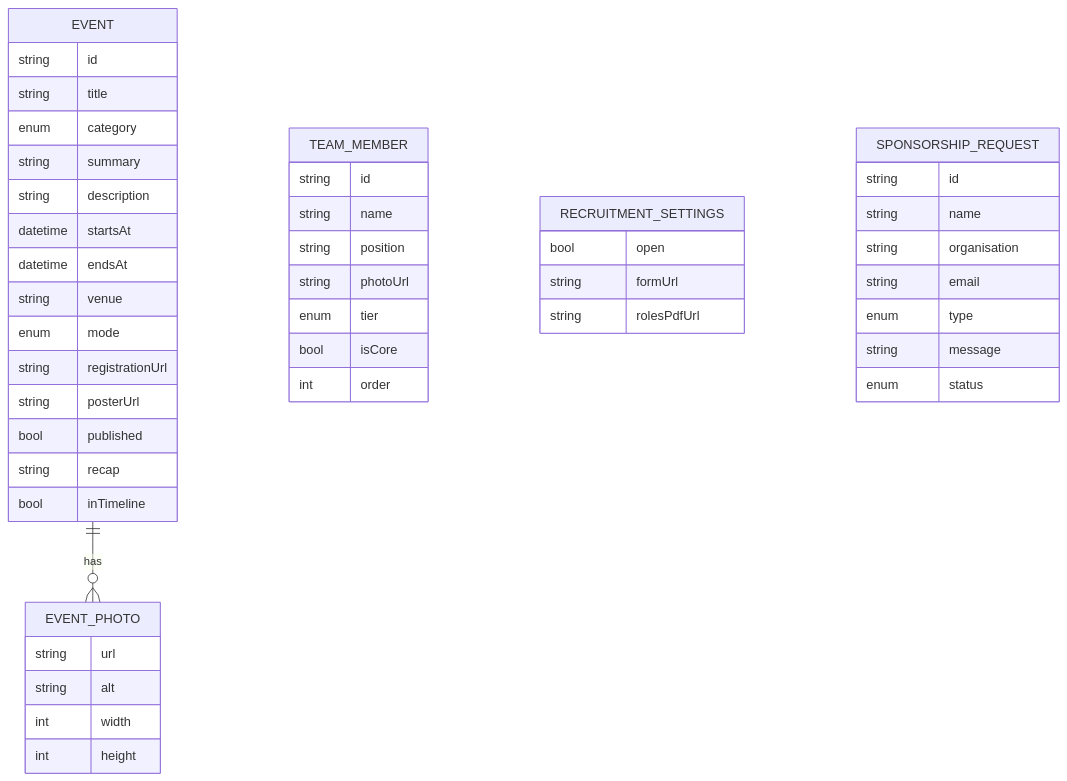
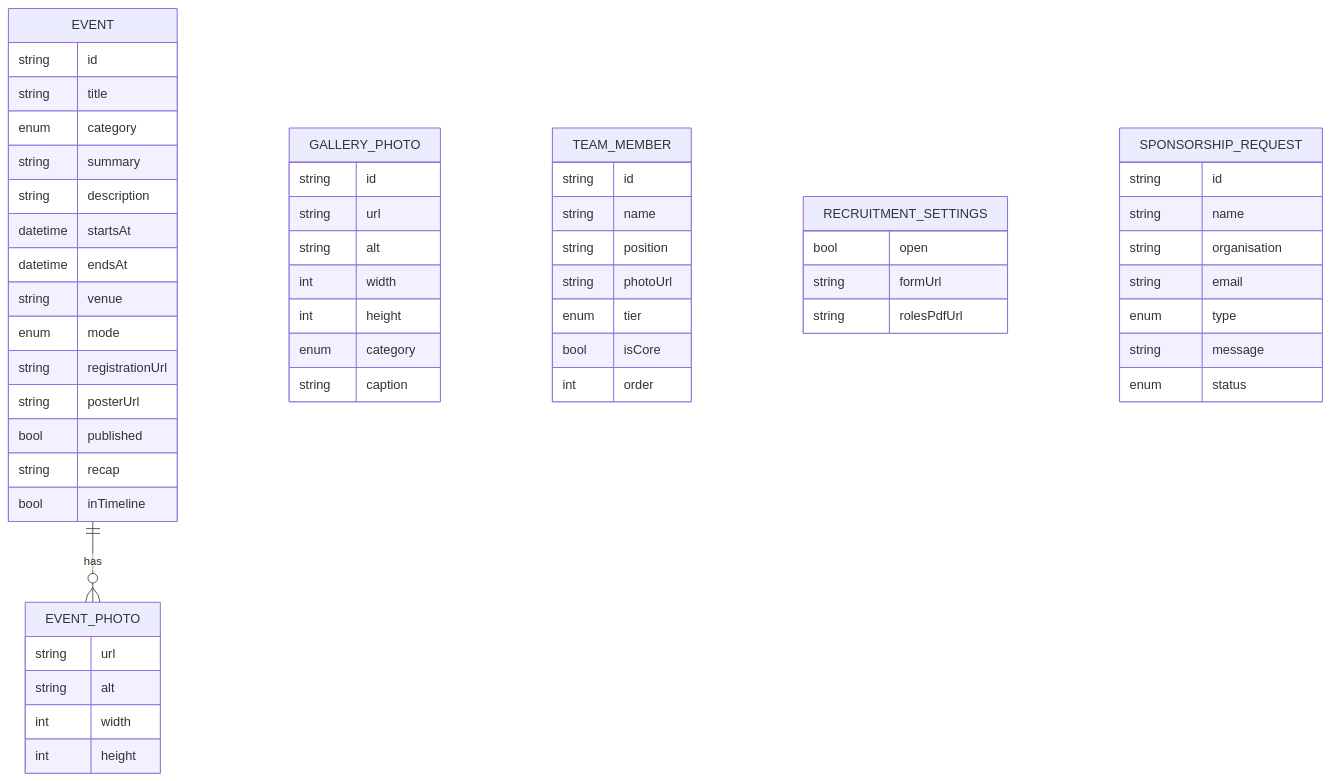
The second of 5 diagrams in docs/ARCHITECTURE.md (THEProgrammingGod69/SIG_Reality_Spectra-ARVR-), drawn with Mermaid before and after one commit. The commit also changed other lines of this file and 13 other files, not shown here.

````diff
--- a/docs/ARCHITECTURE.md
+++ b/docs/ARCHITECTURE.md
@@ -95,49 +97,58 @@
 ```mermaid
 erDiagram
   EVENT ||--o{ EVENT_PHOTO : has
   EVENT {
     string id
     string title
     enum category
     string summary
     string description
     datetime startsAt
     datetime endsAt
     string venue
     enum mode
     string registrationUrl
     string posterUrl
     bool published
     string recap
     bool inTimeline
   }
   EVENT_PHOTO {
     string url
     string alt
     int width
     int height
   }
+  GALLERY_PHOTO {
+    string id
+    string url
+    string alt
+    int width
+    int height
+    enum category
+    string caption
+  }
   TEAM_MEMBER {
     string id
     string name
     string position
     string photoUrl
     enum tier
     bool isCore
     int order
   }
   RECRUITMENT_SETTINGS {
     bool open
     string formUrl
     string rolesPdfUrl
   }
   SPONSORSHIP_REQUEST {
     string id
     string name
     string organisation
     string email
     enum type
     string message
     enum status
   }
 ```
````
